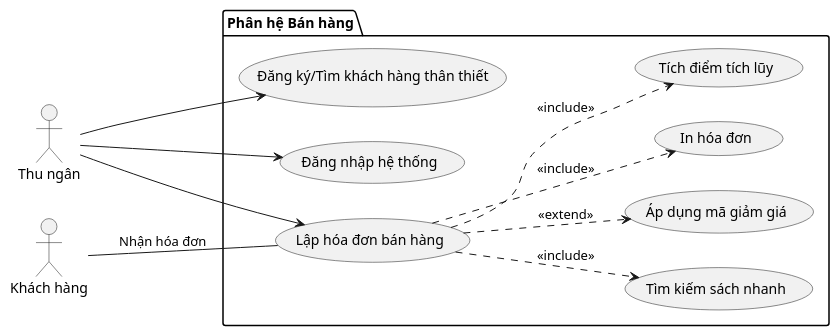
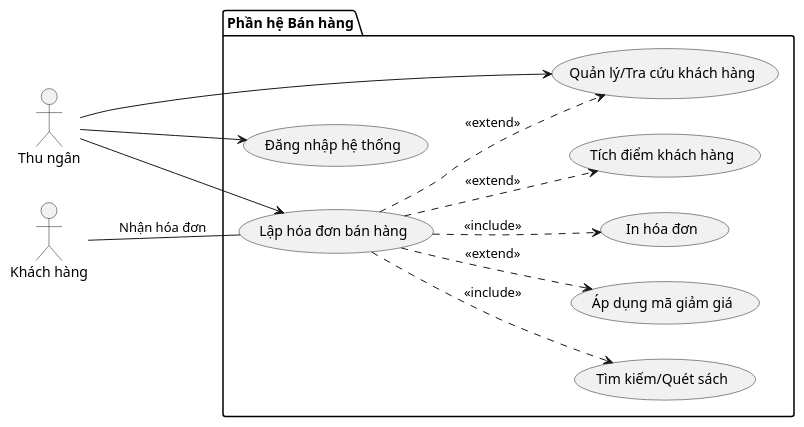
The diagram in docs/use case/actor Thu ngân.plantuml (Kh0anh/QuanLyNhaSach), drawn with PlantUML before and after one commit. The commit also changed 13 other files, not shown here.

```diff
--- a/docs/use case/actor Thu ngân.plantuml
+++ b/docs/use case/actor Thu ngân.plantuml
@@ -1,26 +1,27 @@
 @startuml
 left to right direction
 actor "Thu ngân" as TN
 actor "Khách hàng" as KH
 
-package "Phân hệ Bán hàng" {
+package "Phần hệ Bán hàng" {
     usecase "Đăng nhập hệ thống" as UC_Login
     usecase "Lập hóa đơn bán hàng" as UC_BanHang
-    usecase "Tìm kiếm sách nhanh" as UC_TimKiem
+    usecase "Tìm kiếm/Quét sách" as UC_TimKiem
     usecase "Áp dụng mã giảm giá" as UC_Voucher
     usecase "In hóa đơn" as UC_In
-    usecase "Đăng ký/Tìm khách hàng thân thiết" as UC_KhachHang
-    usecase "Tích điểm tích lũy" as UC_TichDiem
+    usecase "Quản lý/Tra cứu khách hàng" as UC_KhachHang
+    usecase "Tích điểm khách hàng" as UC_TichDiem
 }
 
 TN --> UC_Login
 TN --> UC_BanHang
 TN --> UC_KhachHang
 
 UC_BanHang ..> UC_TimKiem : <<include>>
 UC_BanHang ..> UC_Voucher : <<extend>>
-UC_BanHang ..> UC_TichDiem : <<include>>
+UC_BanHang ..> UC_TichDiem : <<extend>>
 UC_BanHang ..> UC_In : <<include>>
+UC_BanHang ..> UC_KhachHang : <<extend>>
 
 KH -- UC_BanHang : Nhận hóa đơn
 @enduml
```
